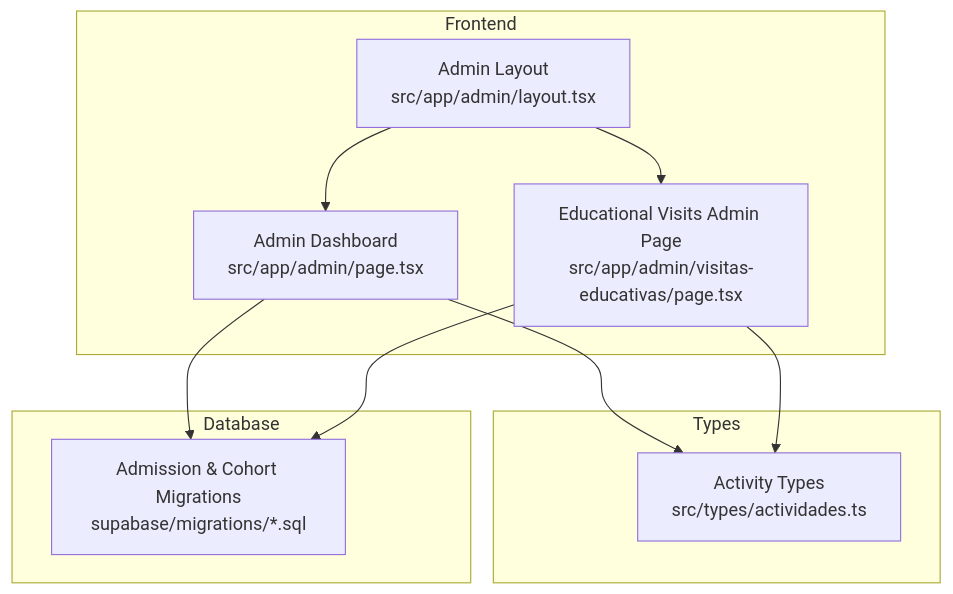
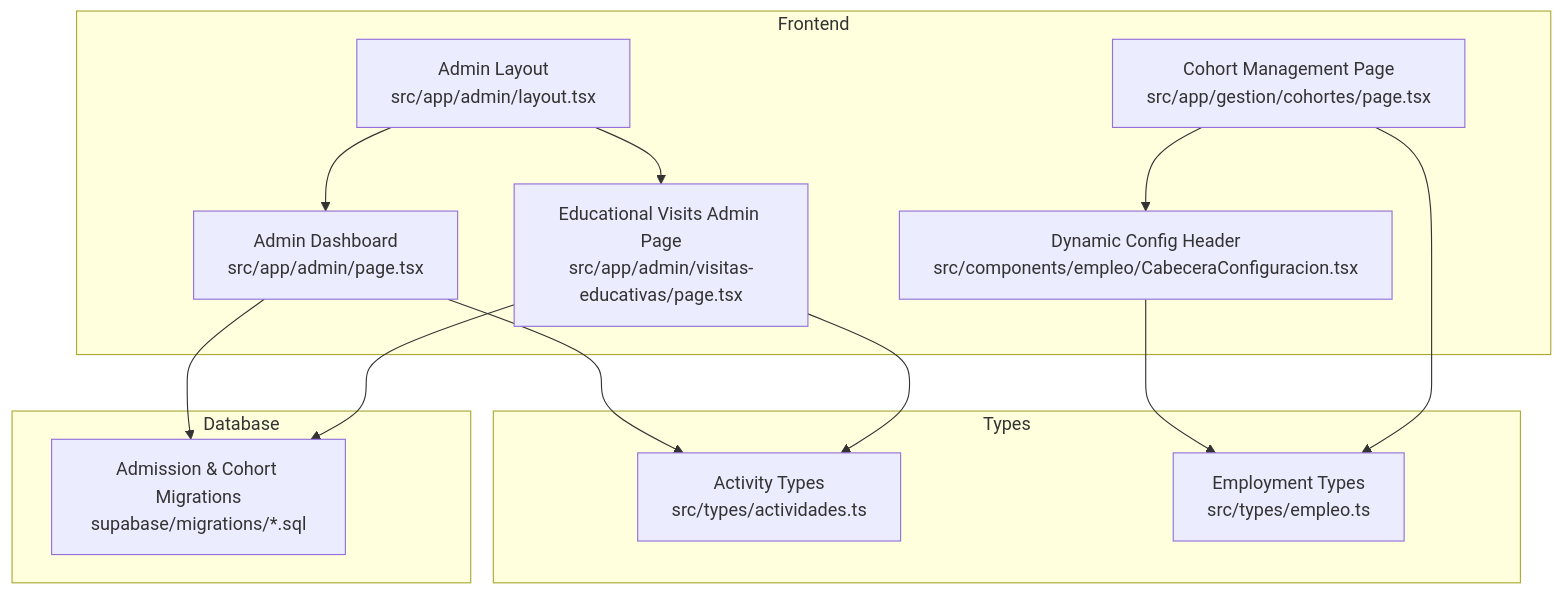
Before and after one commit to AgusCatra/simu-twin-web: the first of 12 diagrams in .qoder/repowiki/en/content/Core Services & Business Logic/Admission & Cohort Management System.md, drawn with Mermaid. The commit also changed other lines of this file and 25 other files, not shown here.

````diff
--- a/.qoder/repowiki/en/content/Core Services & Business Logic/Admission & Cohort Management System.md
+++ b/.qoder/repowiki/en/content/Core Services & Business Logic/Admission & Cohort Management System.md
@@ -39,20 +55,26 @@
 ```mermaid
 graph TB
 subgraph "Frontend"
 AdminLayout["Admin Layout<br/>src/app/admin/layout.tsx"]
 AdminDashboard["Admin Dashboard<br/>src/app/admin/page.tsx"]
 VisitasAdminPage["Educational Visits Admin Page<br/>src/app/admin/visitas-educativas/page.tsx"]
+CohortesPage["Cohort Management Page<br/>src/app/gestion/cohortes/page.tsx"]
+CabeceraConfig["Dynamic Config Header<br/>src/components/empleo/CabeceraConfiguracion.tsx"]
 end
 subgraph "Types"
 ActividadesTypes["Activity Types<br/>src/types/actividades.ts"]
+EmpleoTypes["Employment Types<br/>src/types/empleo.ts"]
 end
 subgraph "Database"
 Migrations["Admission & Cohort Migrations<br/>supabase/migrations/*.sql"]
 end
 AdminLayout --> AdminDashboard
 AdminLayout --> VisitasAdminPage
 AdminDashboard --> ActividadesTypes
 VisitasAdminPage --> ActividadesTypes
 AdminDashboard --> Migrations
 VisitasAdminPage --> Migrations
+CohortesPage --> CabeceraConfig
+CabeceraConfig --> EmpleoTypes
+CohortesPage --> EmpleoTypes
 ```
````
